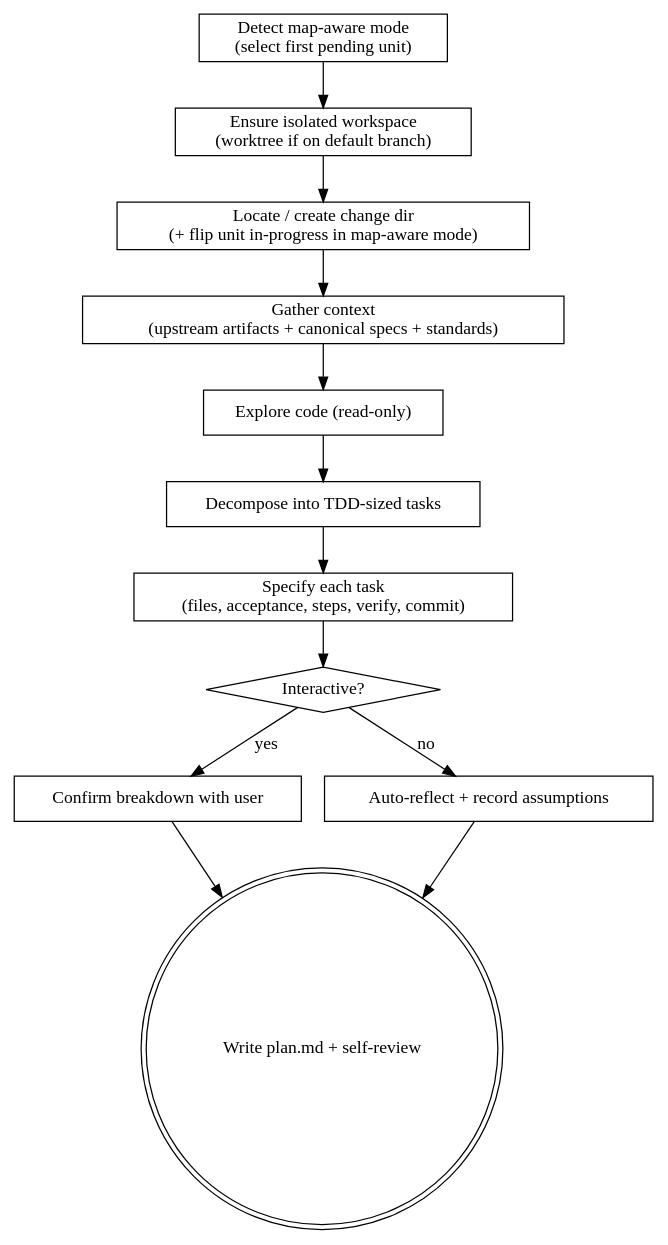
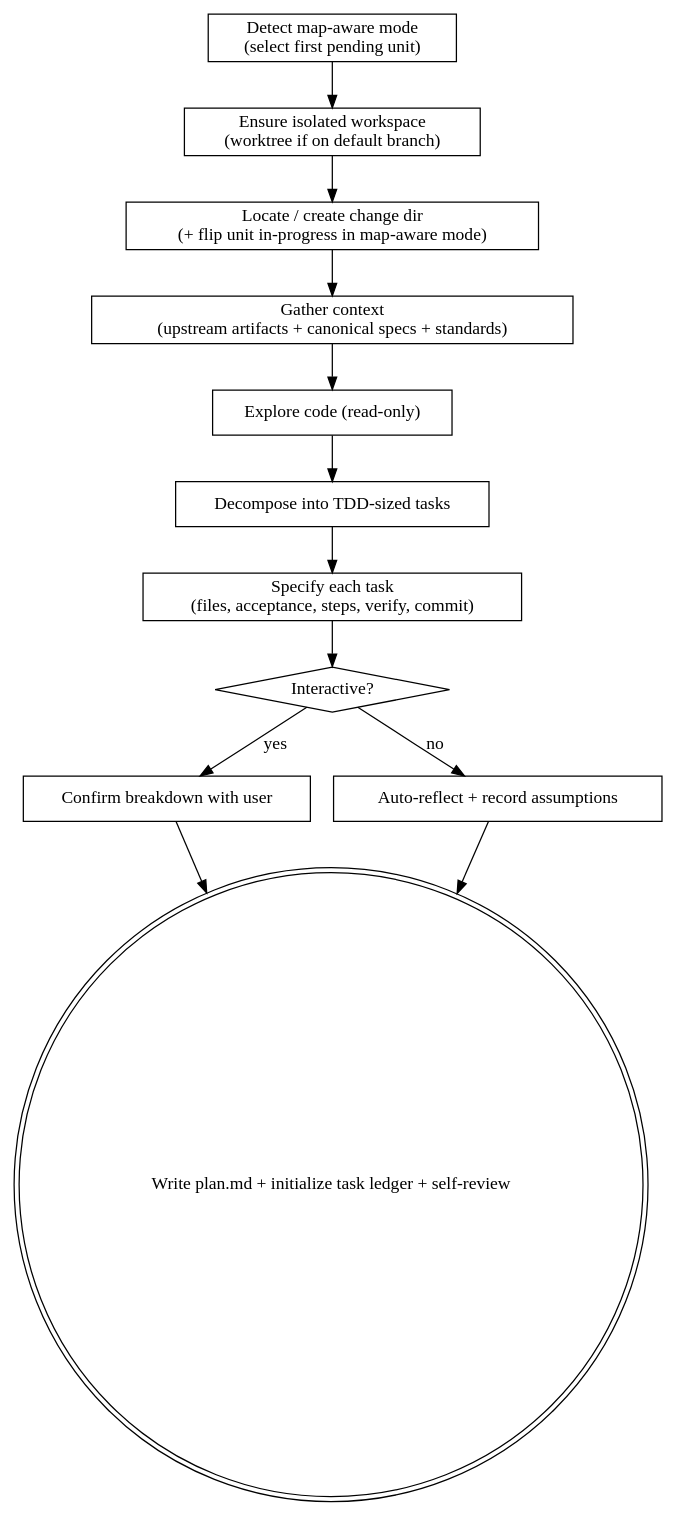
The diagram in skills/hamilton-plan/SKILL.md (caiorcferreira/hamilton), drawn with Graphviz before and after one commit. The commit also changed other lines of this file and 144 other files, not shown here.

First line of the commit message:
Separate task execution and feedback from whole-branch review (#41)

````diff
--- a/skills/hamilton-plan/SKILL.md
+++ b/skills/hamilton-plan/SKILL.md
@@ -217,27 +259,27 @@
 ```dot
 digraph hamilton_plan {
     "Detect map-aware mode\n(select first pending unit)" [shape=box];
     "Ensure isolated workspace\n(worktree if on default branch)" [shape=box];
     "Locate / create change dir\n(+ flip unit in-progress in map-aware mode)" [shape=box];
     "Gather context\n(upstream artifacts + canonical specs + standards)" [shape=box];
     "Explore code (read-only)" [shape=box];
     "Decompose into TDD-sized tasks" [shape=box];
     "Specify each task\n(files, acceptance, steps, verify, commit)" [shape=box];
     "Interactive?" [shape=diamond];
     "Confirm breakdown with user" [shape=box];
     "Auto-reflect + record assumptions" [shape=box];
-    "Write plan.md + self-review" [shape=doublecircle];
+    "Write plan.md + initialize task ledger + self-review" [shape=doublecircle];
 
     "Detect map-aware mode\n(select first pending unit)" -> "Ensure isolated workspace\n(worktree if on default branch)";
     "Ensure isolated workspace\n(worktree if on default branch)" -> "Locate / create change dir\n(+ flip unit in-progress in map-aware mode)";
     "Locate / create change dir\n(+ flip unit in-progress in map-aware mode)" -> "Gather context\n(upstream artifacts + canonical specs + standards)";
     "Gather context\n(upstream artifacts + canonical specs + standards)" -> "Explore code (read-only)";
     "Explore code (read-only)" -> "Decompose into TDD-sized tasks";
     "Decompose into TDD-sized tasks" -> "Specify each task\n(files, acceptance, steps, verify, commit)";
     "Specify each task\n(files, acceptance, steps, verify, commit)" -> "Interactive?";
     "Interactive?" -> "Confirm breakdown with user" [label="yes"];
     "Interactive?" -> "Auto-reflect + record assumptions" [label="no"];
-    "Confirm breakdown with user" -> "Write plan.md + self-review";
-    "Auto-reflect + record assumptions" -> "Write plan.md + self-review";
+    "Confirm breakdown with user" -> "Write plan.md + initialize task ledger + self-review";
+    "Auto-reflect + record assumptions" -> "Write plan.md + initialize task ledger + self-review";
 }
 ```
````
